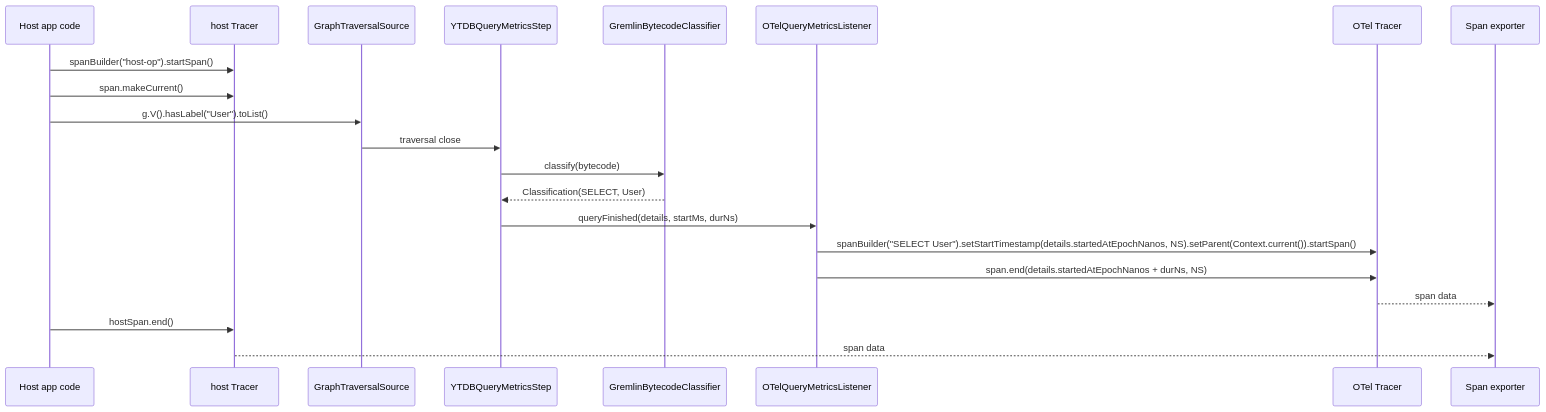
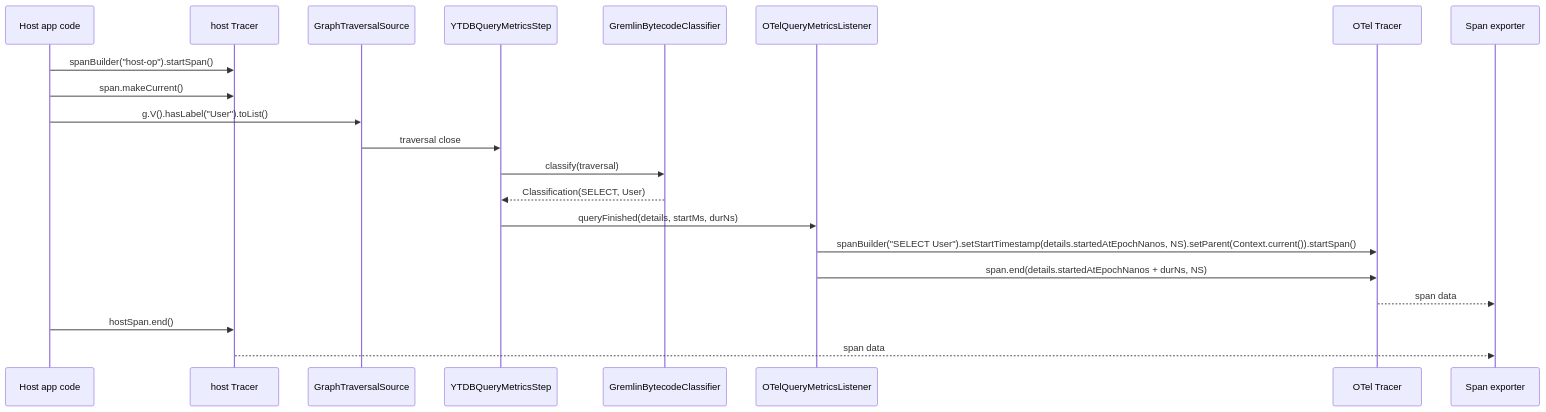
The second of 4 diagrams in docs/adr/ytdb-496-opentelemetry-support/_workflow/design.md (JetBrains/youtrackdb), drawn with Mermaid before and after one commit. The commit also changed other lines of this file and 8 other files, not shown here.

````diff
--- a/docs/adr/ytdb-496-opentelemetry-support/_workflow/design.md
+++ b/docs/adr/ytdb-496-opentelemetry-support/_workflow/design.md
@@ -254,24 +261,24 @@
 ```mermaid
 sequenceDiagram
     participant Host as Host app code
     participant TS as host Tracer
     participant G as GraphTraversalSource
     participant Step as YTDBQueryMetricsStep
     participant CLS as GremlinBytecodeClassifier
     participant OQL as OTelQueryMetricsListener
     participant TR as OTel Tracer
     participant EXP as Span exporter
 
     Host->>TS: spanBuilder("host-op").startSpan()
     Host->>TS: span.makeCurrent()
     Host->>G: g.V().hasLabel("User").toList()
     G->>Step: traversal close
-    Step->>CLS: classify(bytecode)
+    Step->>CLS: classify(traversal)
     CLS-->>Step: Classification(SELECT, User)
     Step->>OQL: queryFinished(details, startMs, durNs)
     OQL->>TR: spanBuilder("SELECT User").setStartTimestamp(details.startedAtEpochNanos, NS).setParent(Context.current()).startSpan()
     OQL->>TR: span.end(details.startedAtEpochNanos + durNs, NS)
     TR-->>EXP: span data
     Host->>TS: hostSpan.end()
     TS-->>EXP: span data
 ```
````
